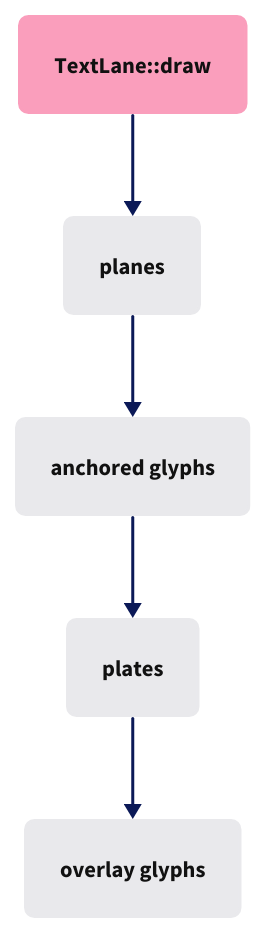
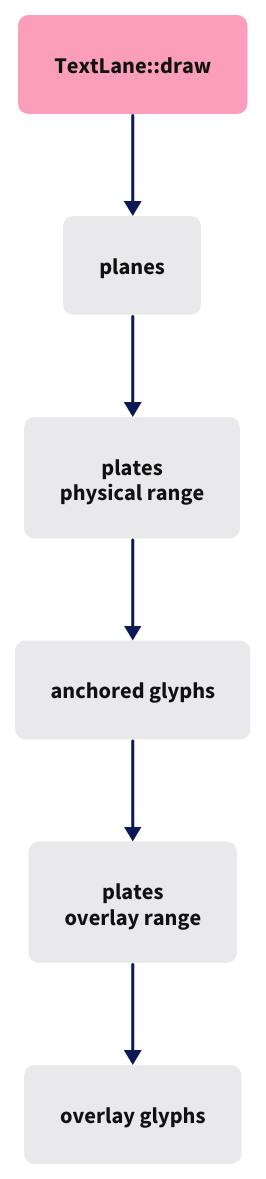
Before and after one commit to petrasvestartas/session: the diagram in session_viewer/docs/diagrams/11-10.d2, drawn with D2. The commit also changed 52 other files, not shown here.

```diff
--- a/session_viewer/docs/diagrams/11-10.d2
+++ b/session_viewer/docs/diagrams/11-10.d2
@@ -1,18 +1,20 @@
 vars: { d2-config: { layout-engine: elk; pad: 20; theme-id: 0 } }
 style: { fill: "#ffffff" }
 classes: {
   box:   { style: { fill: "#e9e9ec"; stroke: "#e9e9ec"; border-radius: 6; font-size: 15; font-color: "#111111" } }
   focus: { style: { fill: "#fa9ebc"; stroke: "#fa9ebc"; border-radius: 6; font-size: 15; font-color: "#111111" } }
 }
 direction: down
 
 E: "TextLane::draw" { class: focus }
 A: "planes" { class: box }
+C: "plates\nphysical range" { class: box }
 B: "anchored glyphs" { class: box }
-C: "plates" { class: box }
+C2: "plates\noverlay range" { class: box }
 D: "overlay glyphs" { class: box }
 
 E -> A { style: { stroke: "#0b1957"; stroke-width: 2; font-size: 13; font-color: "#455b6b" } }
-A -> B { style: { stroke: "#0b1957"; stroke-width: 2; font-size: 13; font-color: "#455b6b" } }
-B -> C { style: { stroke: "#0b1957"; stroke-width: 2; font-size: 13; font-color: "#455b6b" } }
-C -> D { style: { stroke: "#0b1957"; stroke-width: 2; font-size: 13; font-color: "#455b6b" } }
+A -> C { style: { stroke: "#0b1957"; stroke-width: 2; font-size: 13; font-color: "#455b6b" } }
+C -> B { style: { stroke: "#0b1957"; stroke-width: 2; font-size: 13; font-color: "#455b6b" } }
+B -> C2 { style: { stroke: "#0b1957"; stroke-width: 2; font-size: 13; font-color: "#455b6b" } }
+C2 -> D { style: { stroke: "#0b1957"; stroke-width: 2; font-size: 13; font-color: "#455b6b" } }
```
